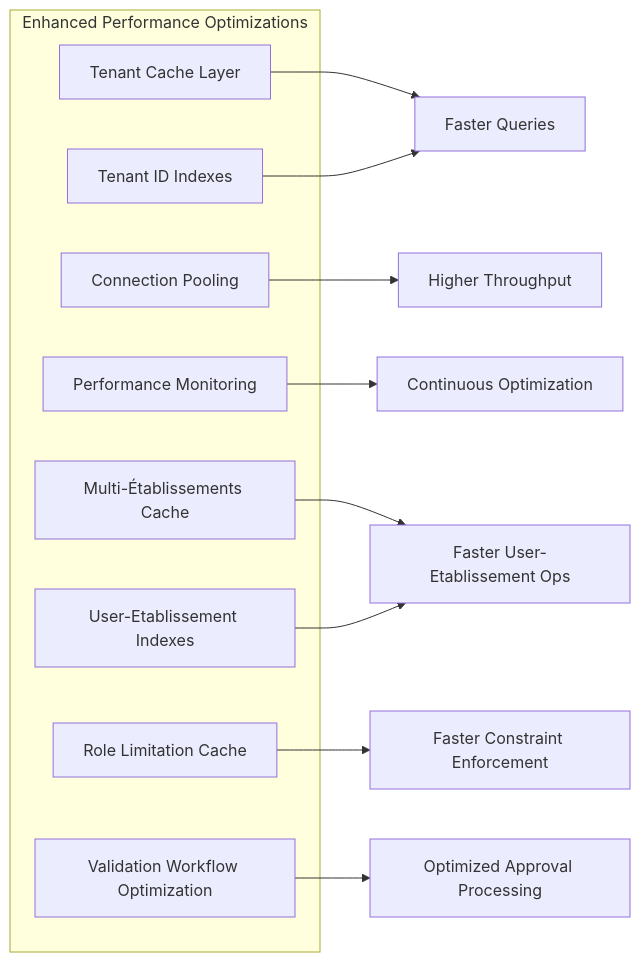
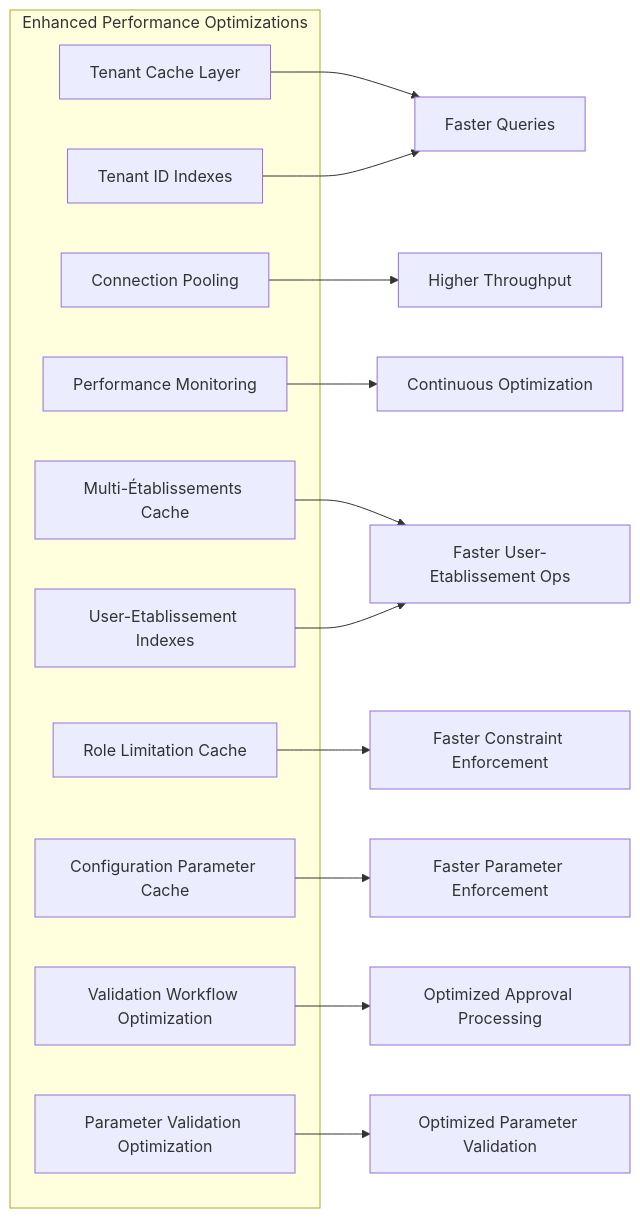
One commit to franckylab/eLISAschool changed diagram 19 of 19 in .qoder/repowiki/en/content/Modules & Features/Administrative Modules/Establishment Management.md. Above: the diagram before and after it, drawn with Mermaid. The commit also changed other lines of this file and 155 other files, not shown here.

````diff
--- a/.qoder/repowiki/en/content/Modules & Features/Administrative Modules/Establishment Management.md
+++ b/.qoder/repowiki/en/content/Modules & Features/Administrative Modules/Establishment Management.md
@@ -983,21 +1197,25 @@
 ```mermaid
 graph LR
 subgraph "Enhanced Performance Optimizations"
 Cache["Tenant Cache Layer"]
 Indexes["Tenant ID Indexes"]
 Connection["Connection Pooling"]
 Monitoring["Performance Monitoring"]
 MultiEtabCache["Multi-Établissements Cache"]
 UserEtabIndexes["User-Etablissement Indexes"]
 RoleLimitationCache["Role Limitation Cache"]
+ConfigParamCache["Configuration Parameter Cache"]
 ValidationWorkflow["Validation Workflow Optimization"]
+ParamValidation["Parameter Validation Optimization"]
 end
 Cache --> QuerySpeed["Faster Queries"]
 Indexes --> QuerySpeed
 Connection --> Throughput["Higher Throughput"]
 Monitoring --> Optimize["Continuous Optimization"]
 MultiEtabCache --> UserEtabOps["Faster User-Etablissement Ops"]
 UserEtabIndexes --> UserEtabOps
 RoleLimitationCache --> ConstraintEnforcement["Faster Constraint Enforcement"]
+ConfigParamCache --> ParamEnforcement["Faster Parameter Enforcement"]
 ValidationWorkflow --> ApprovalProcessing["Optimized Approval Processing"]
+ParamValidation --> ConfigValidation["Optimized Parameter Validation"]
 ```
````
